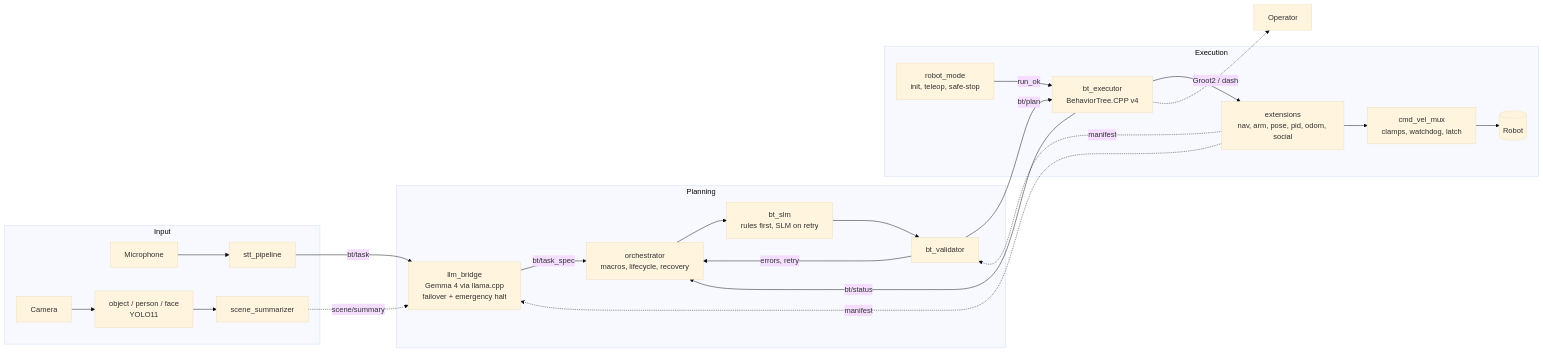
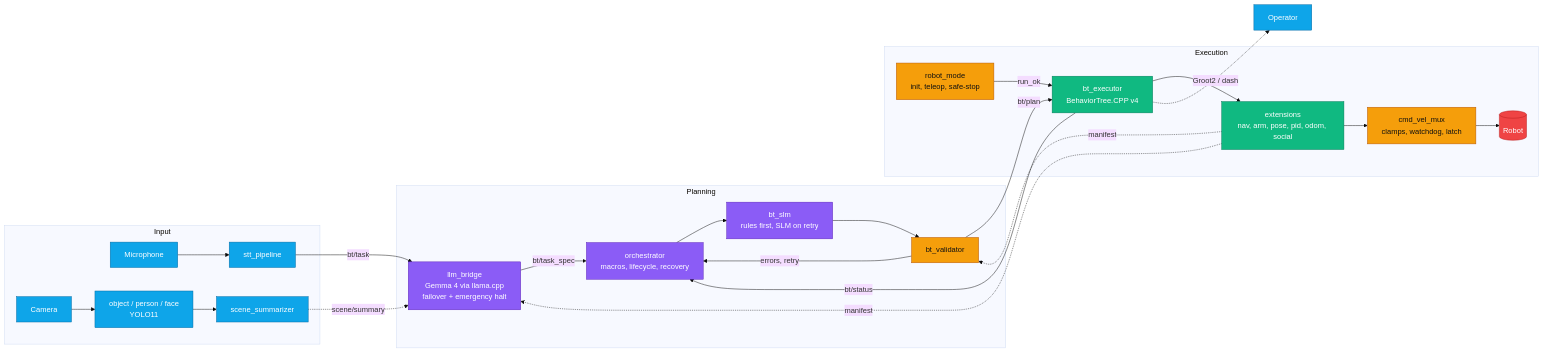
Before and after one commit to lkaixian/ros2-jazzy-framework: the first of 2 diagrams in README.md, drawn with Mermaid (base theme). The commit also changed other lines of this file and 8 other files, not shown here.

Commit message:
Docs: SVG banner, coloured Mermaid diagrams, callout boxes (note/tip/important/warning/caution)

````diff
--- a/README.md
+++ b/README.md
@@ -39,27 +41,37 @@
 ```mermaid
 flowchart LR
     subgraph IN[Input]
         MIC[Microphone] --> STT[stt_pipeline]
         CAM[Camera] --> PER[object / person / face<br/>YOLO11]
         PER --> SUM[scene_summarizer]
     end
     STT -- bt/task --> LLM
     SUM -. scene/summary .-> LLM
     subgraph PLAN[Planning]
         LLM[llm_bridge<br/>Gemma 4 via llama.cpp<br/>failover + emergency halt] -- bt/task_spec --> ORC[orchestrator<br/>macros, lifecycle, recovery]
         ORC --> SLM[bt_slm<br/>rules first, SLM on retry]
         SLM --> VAL[bt_validator]
         VAL -- errors, retry --> ORC
     end
     VAL -- bt/plan --> EXE
     subgraph RUN[Execution]
         MODE[robot_mode<br/>init, teleop, safe-stop] -- run_ok --> EXE[bt_executor<br/>BehaviorTree.CPP v4]
         EXE --> EXT[extensions<br/>nav, arm, pose, pid, odom, social]
         EXT --> MUX[cmd_vel_mux<br/>clamps, watchdog, latch]
         MUX --> ROBOT[(Robot)]
     end
     EXE -- bt/status --> ORC
     EXT -. manifest .-> VAL
     EXT -. manifest .-> LLM
     EXE -. Groot2 / dash .-> OPS[Operator]
+    classDef io fill:#0ea5e9,stroke:#0369a1,color:#fff
+    classDef brain fill:#8b5cf6,stroke:#5b21b6,color:#fff
+    classDef gate fill:#f59e0b,stroke:#b45309,color:#111
+    classDef act fill:#10b981,stroke:#047857,color:#fff
+    classDef hw fill:#ef4444,stroke:#b91c1c,color:#fff
+    class MIC,CAM,STT,PER,SUM,OPS io
+    class LLM,ORC,SLM brain
+    class VAL,MODE,MUX gate
+    class EXE,EXT act
+    class ROBOT hw
 ```
````
